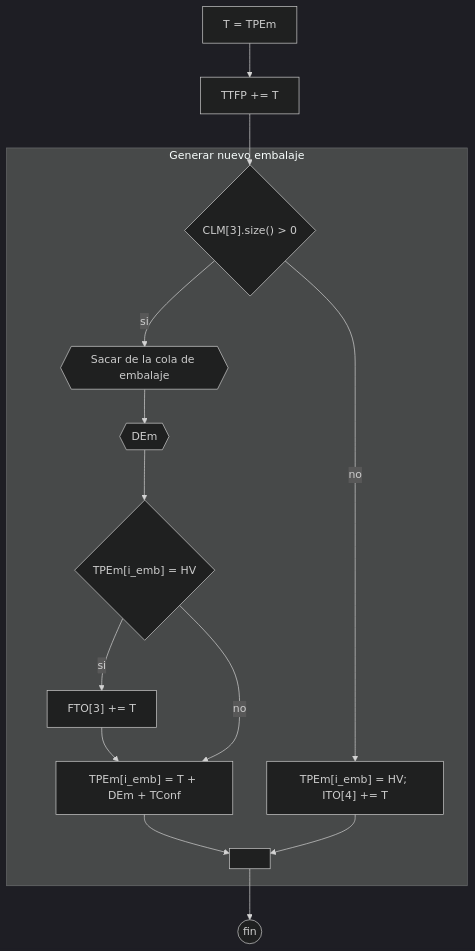
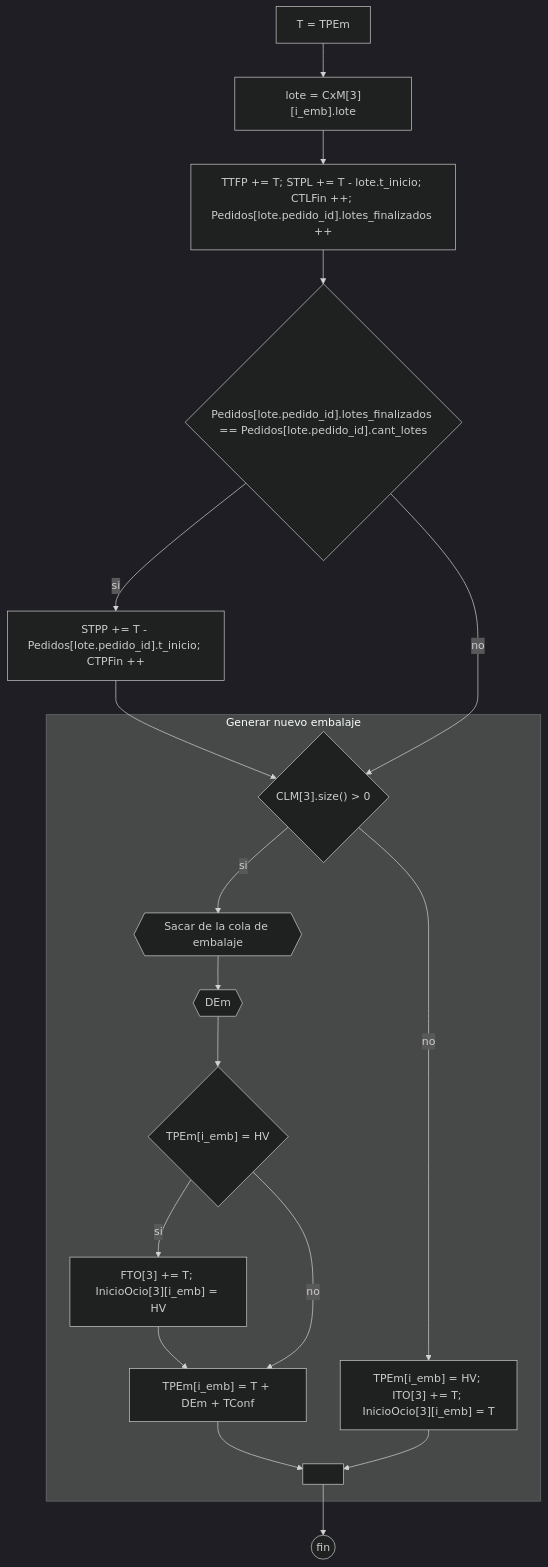
One commit to JuanManuelPrividera/TP-Simu changed the diagram in docs/Diagramas/embalaje/Embalaje.mermaid. Above: the diagram before and after it, drawn with Mermaid (dark theme). The commit also changed 12 other files, not shown here.

```diff
--- a/docs/Diagramas/embalaje/Embalaje.mermaid
+++ b/docs/Diagramas/embalaje/Embalaje.mermaid
@@ -1,10 +1,14 @@
 flowchart TD
     direction TD
 
-    a[T = TPEm] -->a1["TTFP += T"] -->if{"CLM[3].size() > 0"}
+    a[T = TPEm] --> lote["lote = CxM[3][i_emb].lote"]
+    lote --> metricas["TTFP += T; STPL += T - lote.t_inicio; CTLFin ++; Pedidos[lote.pedido_id].lotes_finalizados ++"]
+    metricas --> pedido_fin{"Pedidos[lote.pedido_id].lotes_finalizados == Pedidos[lote.pedido_id].cant_lotes"}
+    pedido_fin --> |si| acum_pedido["STPP += T - Pedidos[lote.pedido_id].t_inicio; CTPFin ++"] --> if{"CLM[3].size() > 0"}
+    pedido_fin --> |no| if
     subgraph Generar nuevo embalaje
-    if --> |si| e{{"Sacar de la cola de embalaje"}} --> s{{DEm}} --> i1{"TPEm[i_emb] = HV"} --> |si| i2["FTO[3] += T"] --> b
+    if --> |si| e{{"Sacar de la cola de embalaje"}} --> s{{DEm}} --> i1{"TPEm[i_emb] = HV"} --> |si| i2["FTO[3] += T; InicioOcio[3][i_emb] = HV"] --> b
     i1 --> |no| b["TPEm[i_emb] = T + DEm + TConf"] --> l
-    if --> |no| zz["TPEm[i_emb] = HV; ITO[4] += T"] --> l[" "]
+    if --> |no| zz["TPEm[i_emb] = HV; ITO[3] += T; InicioOcio[3][i_emb] = T"] --> l[" "]
     end
     l --> fin((fin))
```
